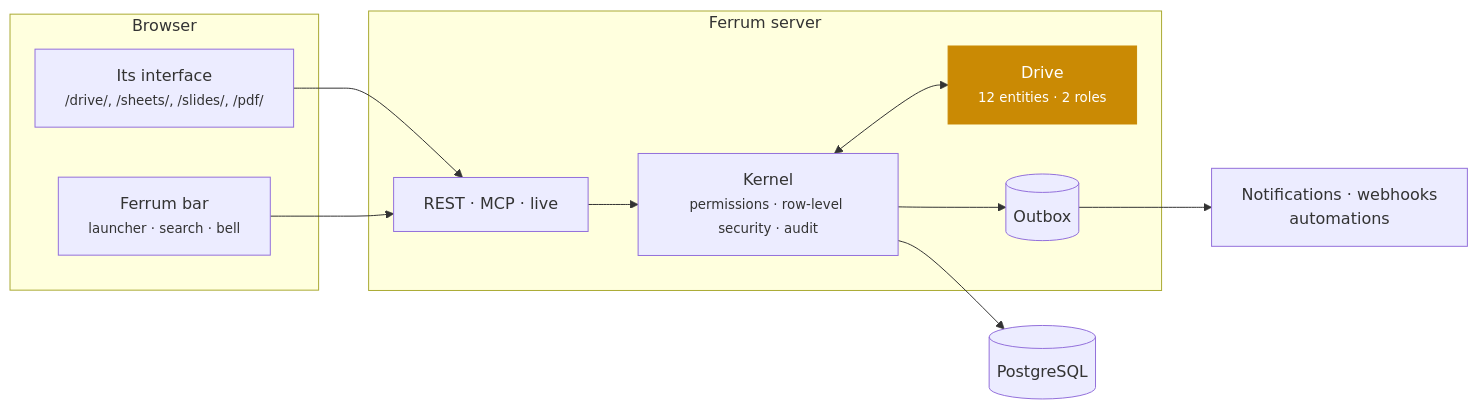
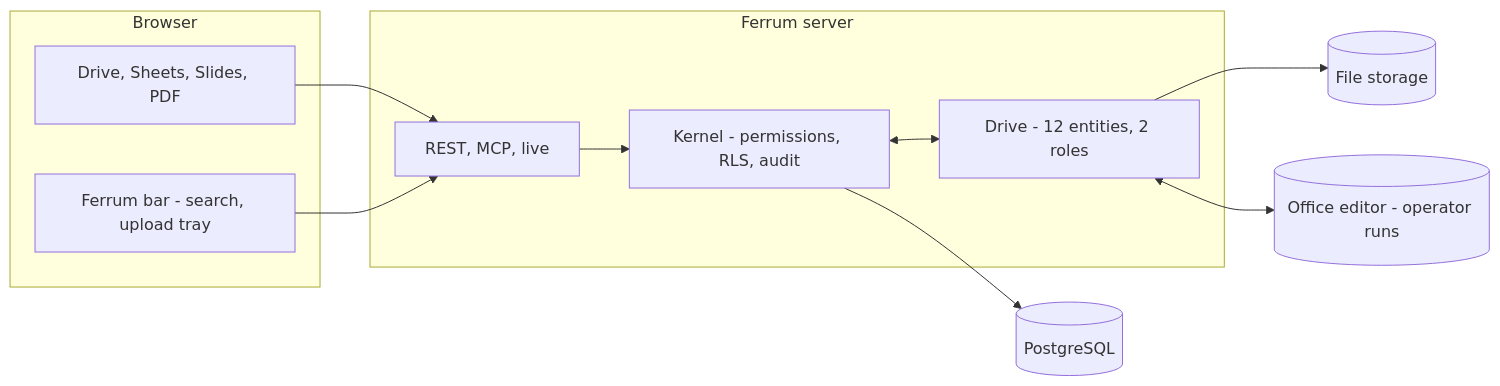
One commit to CBFerrum/ferrum-app-drive changed the second of 2 diagrams in README.md. Above: the diagram before and after it, drawn with Mermaid. The commit also changed other lines of this file and 40 other files, not shown here.

First line of the commit message:
docs: end-to-end README with screenshots, features, comparison and roadmap

````diff
--- a/README.md
+++ b/README.md
@@ -122,21 +278,20 @@
 ```mermaid
 flowchart LR
     subgraph Browser
-        UI["Its interface<br/><small>/drive/, /sheets/, /slides/, /pdf/</small>"]
-        BAR["Ferrum bar<br/><small>launcher · search · bell</small>"]
+        UI["Drive, Sheets, Slides, PDF"]
+        BAR["Ferrum bar - search, upload tray"]
     end
     subgraph Server["Ferrum server"]
-        API["REST · MCP · live"]
-        K["Kernel<br/><small>permissions · row-level security · audit</small>"]
-        APP["Drive<br/><small>12 entities · 2 roles</small>"]
-        OB[("Outbox")]
+        API["REST, MCP, live"]
+        K["Kernel - permissions, RLS, audit"]
+        APP["Drive - 12 entities, 2 roles"]
     end
     DB[("PostgreSQL")]
+    FS[("File storage")]
+    OFF[("Office editor - operator runs")]
     UI --> API --> K --> DB
     BAR --> API
     K <--> APP
-    K --> OB --> EV["Notifications · webhooks<br/>automations"]
-
-    classDef app fill:#ca8a04,color:#fff,stroke:#ca8a04
-    class APP app
+    APP --> FS
+    APP <--> OFF
 ```
````
